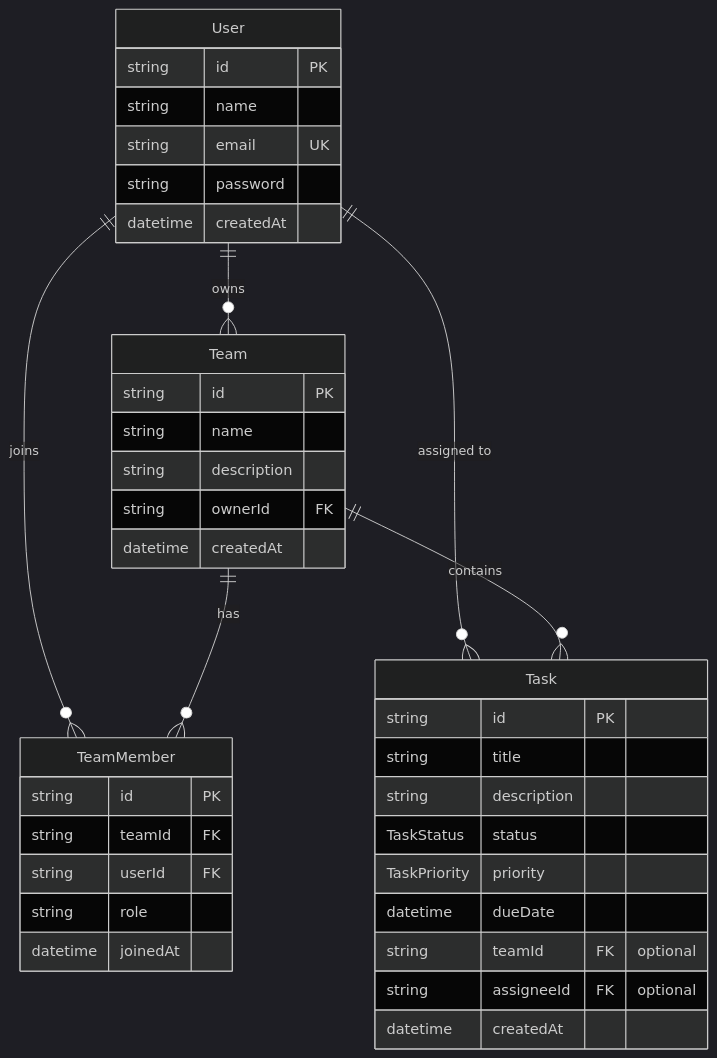
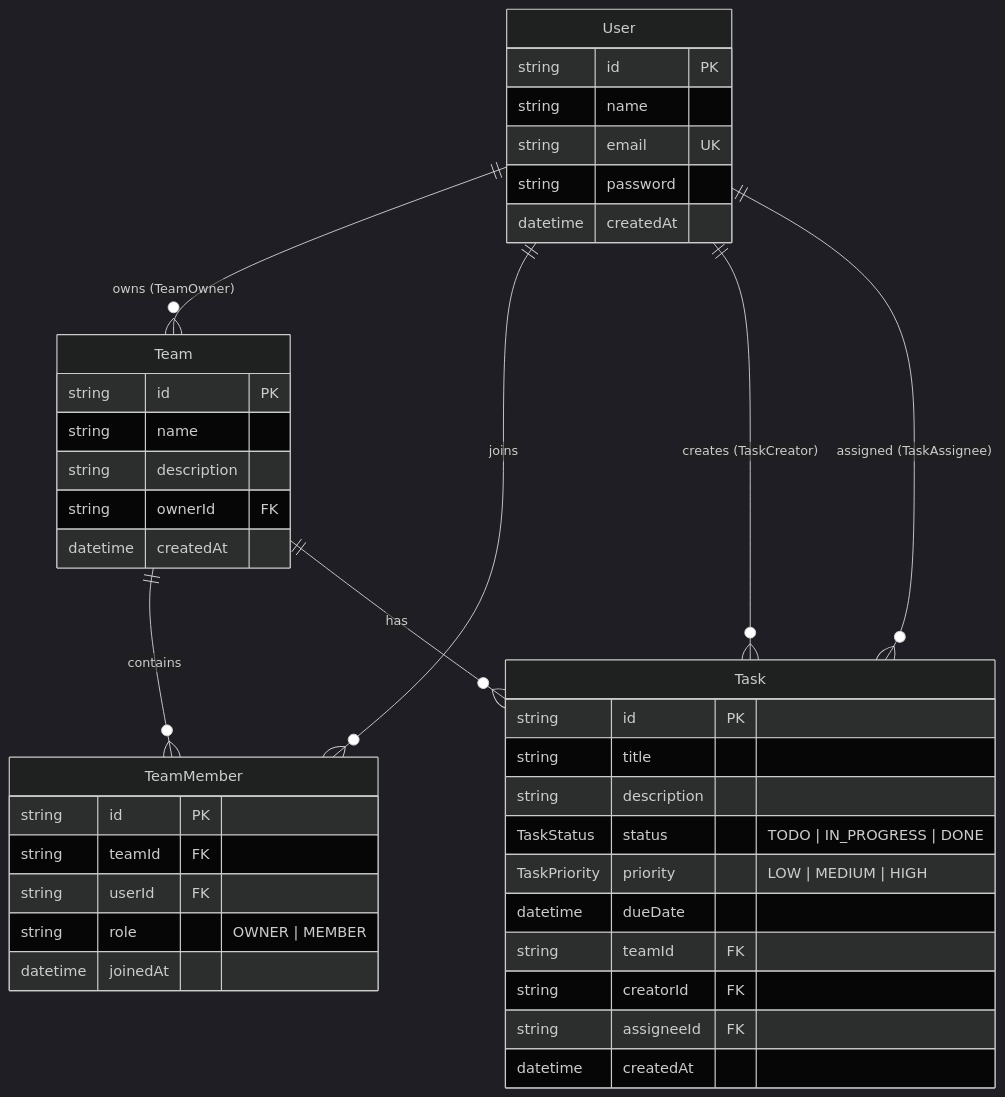
Before and after one commit to DevTurtle-Hub/SDN302: the diagram in README.md, drawn with Mermaid (dark theme). The commit also changed other lines of this file and 18 other files, not shown here.

Commit message:
feat: optimize UI layout, fix task deletion handling, redesign team card, and update RBAC test suite

````diff
--- a/README.md
+++ b/README.md
@@ -92,44 +96,46 @@
 ```mermaid
 erDiagram
-    User ||--o{ Team : "owns"
+    User ||--o{ Team : "owns (TeamOwner)"
     User ||--o{ TeamMember : "joins"
-    User ||--o{ Task : "assigned to"
-    Team ||--o{ TeamMember : "has"
-    Team ||--o{ Task : "contains"
+    User ||--o{ Task : "creates (TaskCreator)"
+    User ||--o{ Task : "assigned (TaskAssignee)"
+    Team ||--o{ TeamMember : "contains"
+    Team ||--o{ Task : "has"
 
     User {
         string id PK
         string name
         string email UK
         string password
         datetime createdAt
     }
 
     Team {
         string id PK
         string name
         string description
         string ownerId FK
         datetime createdAt
     }
 
     TeamMember {
         string id PK
         string teamId FK
         string userId FK
-        string role
+        string role "OWNER | MEMBER"
         datetime joinedAt
     }
 
     Task {
         string id PK
         string title
         string description
-        TaskStatus status
-        TaskPriority priority
+        TaskStatus status "TODO | IN_PROGRESS | DONE"
+        TaskPriority priority "LOW | MEDIUM | HIGH"
         datetime dueDate
-        string teamId FK "optional"
-        string assigneeId FK "optional"
+        string teamId FK
+        string creatorId FK
+        string assigneeId FK
         datetime createdAt
     }
 ```
````
